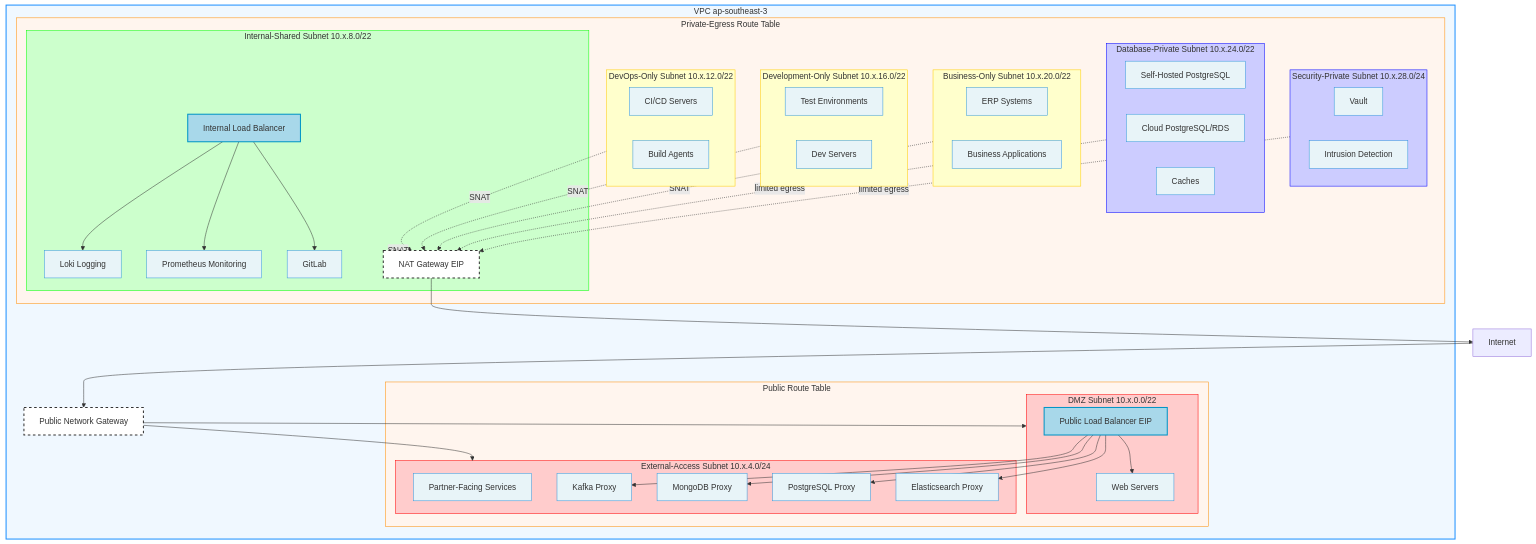
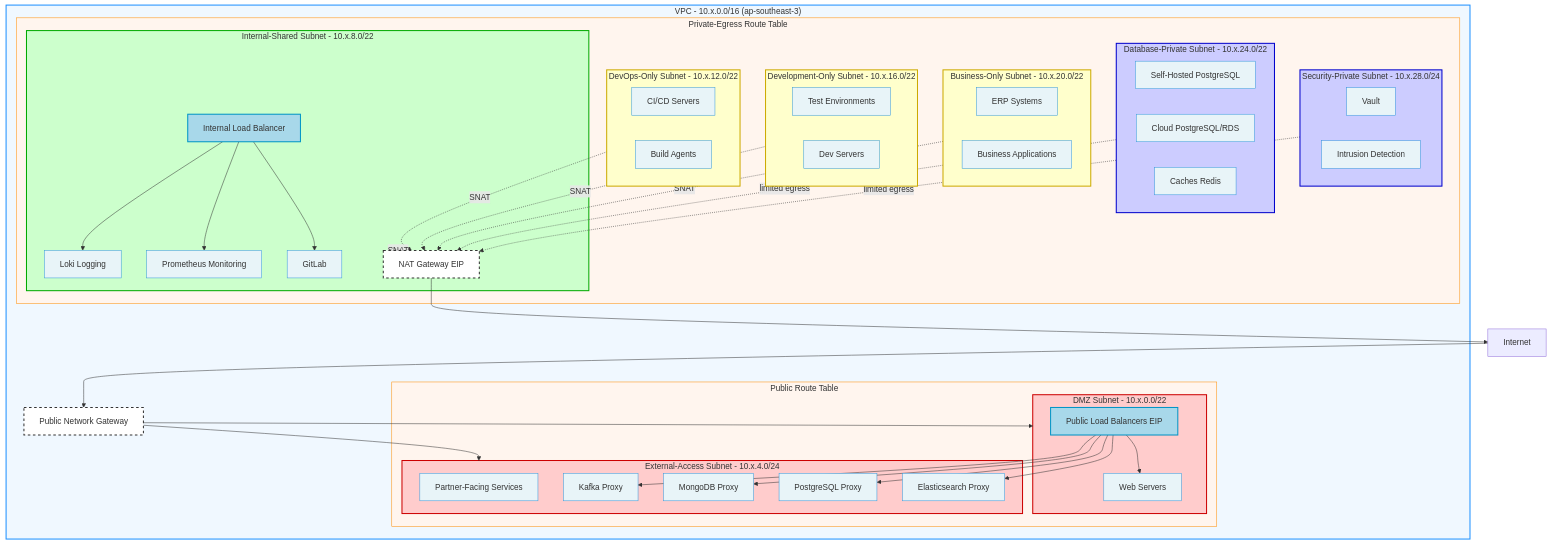
The first of 2 diagrams in docs/development/26-01-20/network/network-architecture.md (jinbangyi/k8s-agent), drawn with Mermaid before and after one commit. The commit also changed other lines of this file and 7 other files, not shown here.

Commit message:
chore: add mermaid optimize skill

````diff
--- a/docs/development/26-01-20/network/network-architecture.md
+++ b/docs/development/26-01-20/network/network-architecture.md
@@ -12,17 +12,17 @@
 graph TD
     internet[Internet]
 
-    subgraph vpc[VPC ap-southeast-3]
+    subgraph vpc["VPC - 10.x.0.0/16 (ap-southeast-3)"]
         pgw[Public Network Gateway]
 
-        %% Public Route Table (used by DMZ and External-Access subnets)
-        subgraph public-rt[Public Route Table]
-            subgraph dmz-subnet[DMZ Subnet 10.x.0.0/22]
+        %% Public Route Table (DMZ and External-Access subnets)
+        subgraph public-rt["Public Route Table"]
+            subgraph dmz-subnet["DMZ Subnet - 10.x.0.0/22"]
                 web[Web Servers]
-                public-lb[Public Load Balancer EIP]
+                public-lb[Public Load Balancers EIP]
             end
 
-            subgraph external-subnet[External-Access Subnet 10.x.4.0/24]
+            subgraph external-subnet["External-Access Subnet - 10.x.4.0/24"]
                 partner[Partner-Facing Services]
                 kafka-proxy[Kafka Proxy]
                 mongo-proxy[MongoDB Proxy]
@@ -31,9 +31,9 @@
             end
         end
 
-        %% Private-Egress Route Table (all subnets requiring NAT egress)
-        subgraph private-egress-rt[Private-Egress Route Table]
-            subgraph internal-shared-subnet[Internal-Shared Subnet 10.x.8.0/22]
+        %% Private-Egress Route Table (all subnets with NAT egress)
+        subgraph private-egress-rt["Private-Egress Route Table"]
+            subgraph internal-shared-subnet["Internal-Shared Subnet - 10.x.8.0/22"]
                 internal-lb[Internal Load Balancer]
                 loki[Loki Logging]
                 prometheus[Prometheus Monitoring]
@@ -41,28 +41,28 @@
                 nat[NAT Gateway EIP]
             end
 
-            subgraph devops-subnet[DevOps-Only Subnet 10.x.12.0/22]
+            subgraph devops-subnet["DevOps-Only Subnet - 10.x.12.0/22"]
                 ci[CI/CD Servers]
                 build[Build Agents]
             end
 
-            subgraph dev-subnet[Development-Only Subnet 10.x.16.0/22]
+            subgraph dev-subnet["Development-Only Subnet - 10.x.16.0/22"]
                 test[Test Environments]
                 devservers[Dev Servers]
             end
 
-            subgraph business-subnet[Business-Only Subnet 10.x.20.0/22]
+            subgraph business-subnet["Business-Only Subnet - 10.x.20.0/22"]
                 erp[ERP Systems]
                 business-apps[Business Applications]
             end
 
-            subgraph database-subnet[Database-Private Subnet 10.x.24.0/22]
+            subgraph database-subnet["Database-Private Subnet - 10.x.24.0/22"]
                 self-hosted-pg[Self-Hosted PostgreSQL]
                 cloud-pg[Cloud PostgreSQL/RDS]
-                cache[Caches]
+                cache[Caches Redis]
             end
 
-            subgraph security-subnet[Security-Private Subnet 10.x.28.0/24]
+            subgraph security-subnet["Security-Private Subnet - 10.x.28.0/24"]
                 vault[Vault]
                 ids[Intrusion Detection]
             end
@@ -74,7 +74,7 @@
     pgw --> dmz-subnet
     pgw --> external-subnet
 
-    %% All private subnets egress via single NAT Gateway
+    %% All private subnets egress via NAT Gateway
     internal-shared-subnet -.->|SNAT| nat
     devops-subnet -.->|SNAT| nat
     dev-subnet -.->|SNAT| nat
@@ -95,23 +95,23 @@
     internal-lb --> gitlab
 
     %% Style definitions
+    classDef vpc-style fill:#f0f8ff,stroke:#1e90ff,stroke-width:2px
+    classDef rt-style fill:#fff5ee,stroke:#ff8c00,stroke-width:1px
+    classDef public-style fill:#ffcccc,stroke:#cc0000,stroke-width:2px
+    classDef internal-shared-style fill:#ccffcc,stroke:#00aa00,stroke-width:2px
+    classDef team-style fill:#ffffcc,stroke:#ccaa00,stroke-width:2px
+    classDef private-style fill:#ccccff,stroke:#0000cc,stroke-width:2px
+    classDef resource-style fill:#e8f4f8,stroke:#3498db,stroke-width:1px
+    classDef lb-style fill:#a8d8ea,stroke:#0094c6,stroke-width:2px
+    classDef gateway-style fill:#ffffff,stroke:#333333,stroke-width:2px,stroke-dasharray:5,5
+
     class vpc vpc-style
-    class public-rt,private-egress-rt route-table-style
-    class dmz-subnet,external-subnet public-subnet-style
+    class public-rt,private-egress-rt rt-style
+    class dmz-subnet,external-subnet public-style
     class internal-shared-subnet internal-shared-style
-    class devops-subnet,dev-subnet,business-subnet team-subnet-style
-    class database-subnet,security-subnet private-subnet-style
-    class public-lb,internal-lb load-balancer-style
+    class devops-subnet,dev-subnet,business-subnet team-style
+    class database-subnet,security-subnet private-style
     class web,kafka-proxy,mongo-proxy,pg-proxy,es-proxy,partner,loki,prometheus,gitlab,ci,build,test,devservers,erp,business-apps,self-hosted-pg,cloud-pg,cache,vault,ids resource-style
+    class public-lb,internal-lb lb-style
     class pgw,nat gateway-style
-
-    classDef vpc-style fill:#f0f8ff,stroke:#1e90ff,stroke-width:2px
-    classDef route-table-style fill:#fff5ee,stroke:#ff8c00,stroke-width:1px
-    classDef public-subnet-style fill:#ffcccc,stroke:#ff0000
-    classDef internal-shared-style fill:#ccffcc,stroke:#00ff00
-    classDef team-subnet-style fill:#ffffcc,stroke:#ffcc00
-    classDef private-subnet-style fill:#ccccff,stroke:#0000ff
-    classDef resource-style fill:#e8f4f8,stroke:#3498db
-    classDef load-balancer-style fill:#a8d8ea,stroke:#0094c6,stroke-width:2px
-    classDef gateway-style fill:#ffffff,stroke:#333333,stroke-width:2px,stroke-dasharray:5,5
 ```
````
